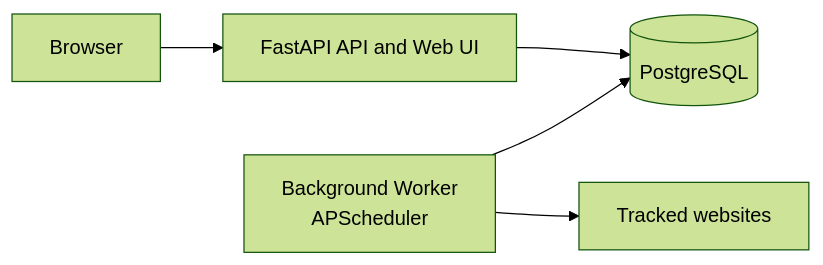
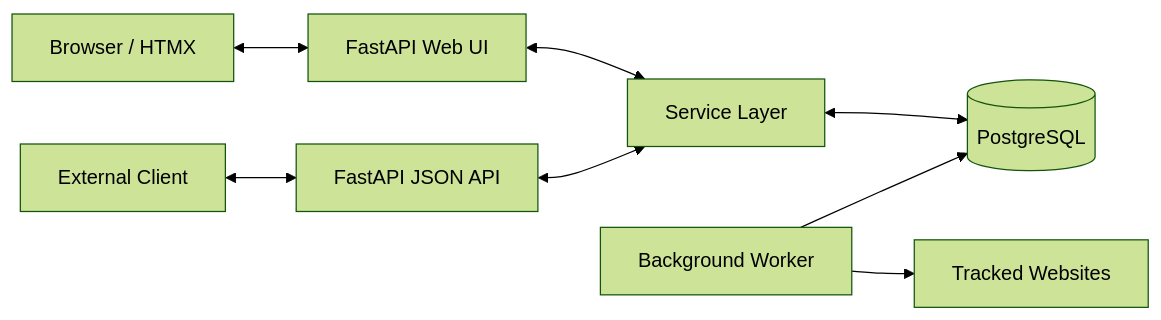
One commit to maksymminullin/website-change-monitor changed the diagram in README.md. Above: the diagram before and after it, drawn with Mermaid (forest theme). The commit also changed other lines of this file, not shown here.

````diff
--- a/README.md
+++ b/README.md
@@ -41,8 +28,13 @@
 ```mermaid
 flowchart LR
-    Browser[Browser] --> API[FastAPI API and Web UI]
-    API --> DB[(PostgreSQL)]
+    Browser[Browser / HTMX] <--> UI[FastAPI Web UI]
+    External[External Client] <--> API[FastAPI JSON API]
+    
+    UI <--> Service[Service Layer]
+    API <--> Service
+    
+    Service <--> DB[(PostgreSQL)]
 
-    Worker[Background Worker\nAPScheduler] --> DB
-    Worker --> Websites[Tracked websites]
+    Worker[Background Worker] --> DB
+    Worker --> Websites[Tracked Websites]
 ```
````
